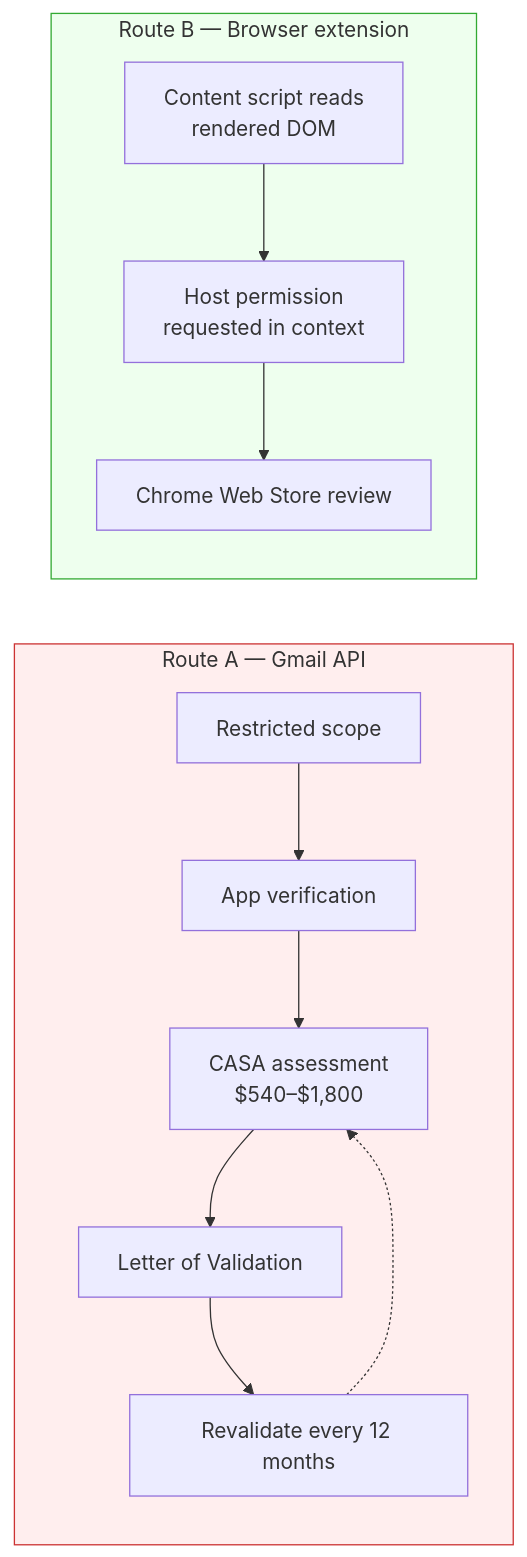
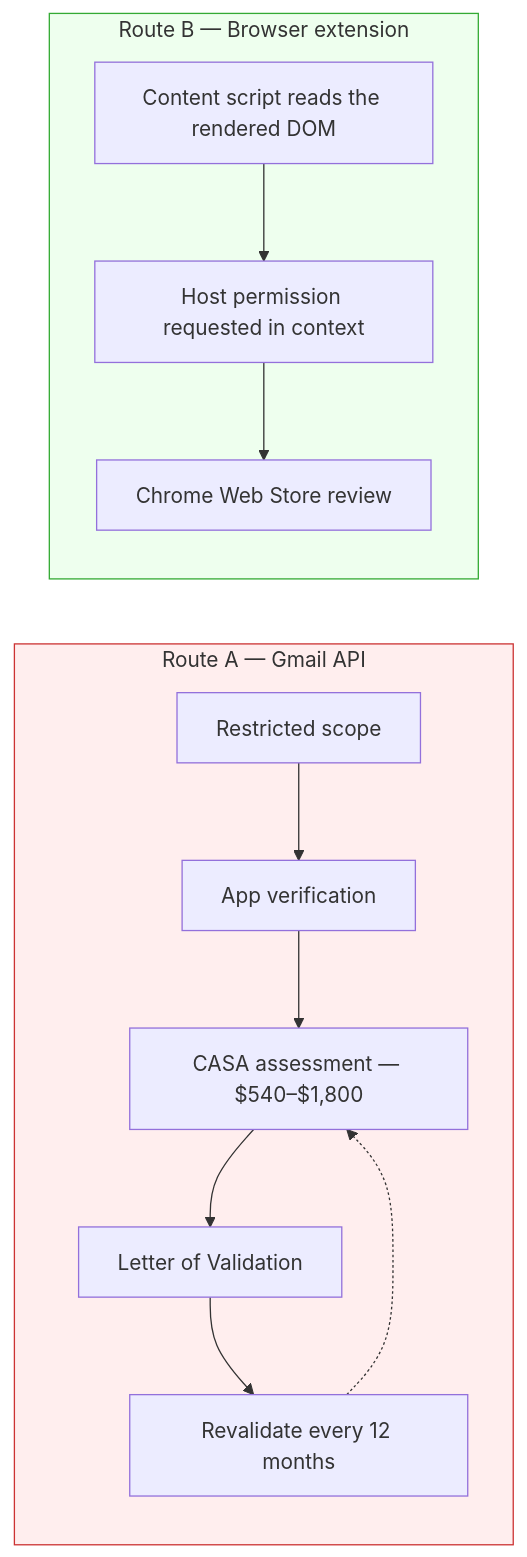
The second of 2 diagrams in docs/boomerang-returns-agent.md (jacklvd/boomerang), drawn with Mermaid before and after one commit. The commit also changed other lines of this file and 13 other files, not shown here.

````diff
--- a/docs/boomerang-returns-agent.md
+++ b/docs/boomerang-returns-agent.md
@@ -93,19 +97,19 @@
 ```mermaid
 flowchart LR
     subgraph A["Route A — Gmail API"]
         direction TB
         A1["Restricted scope"] --> A2["App verification"]
-        A2 --> A3["CASA assessment<br/>$540–$1,800"]
+        A2 --> A3["CASA assessment — $540–$1,800"]
         A3 --> A4["Letter of Validation"]
         A4 --> A5["Revalidate every 12 months"]
         A5 -.-> A3
     end
     subgraph B["Route B — Browser extension"]
         direction TB
-        B1["Content script reads<br/>rendered DOM"] --> B2["Host permission<br/>requested in context"]
+        B1["Content script reads the rendered DOM"] --> B2["Host permission requested in context"]
         B2 --> B3["Chrome Web Store review"]
     end
 
     style A fill:#fee,stroke:#c33
     style B fill:#efe,stroke:#3a3
 ```
````
